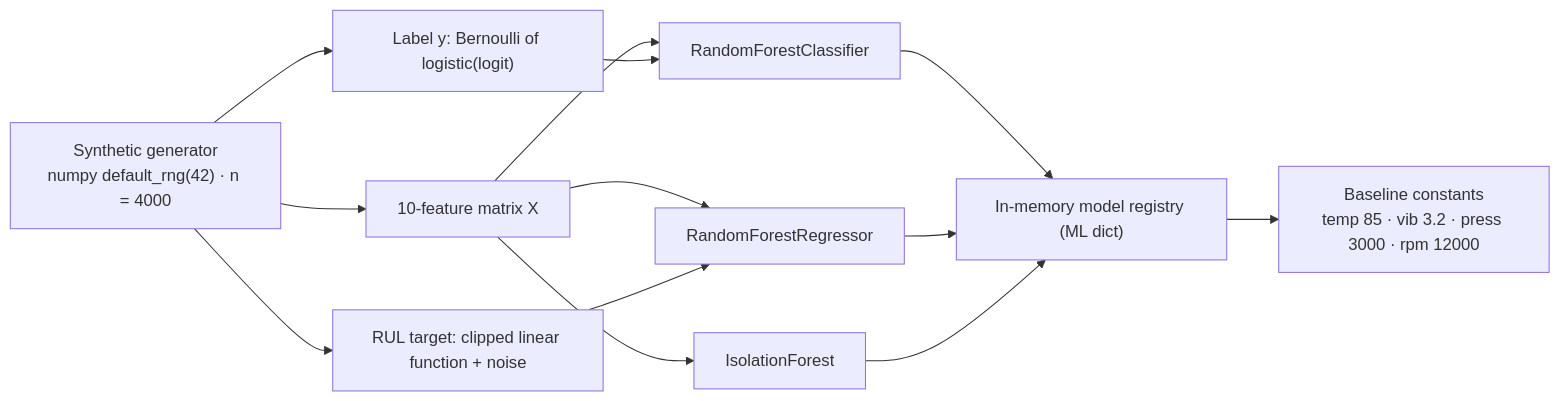
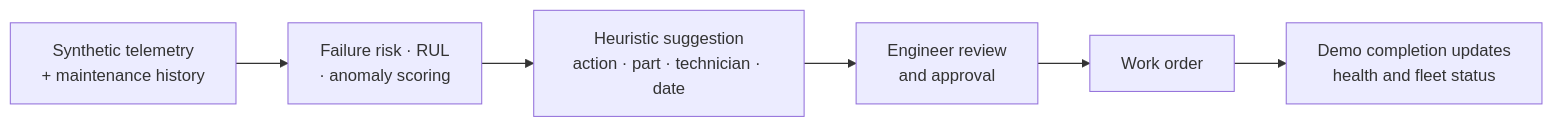
The second of 2 diagrams in README.md (Harithdn/SIH249-Main), drawn with Mermaid before and after one commit. The commit also changed other lines of this file, not shown here.

````diff
--- a/README.md
+++ b/README.md
@@ -490,15 +34,8 @@
 ```mermaid
 flowchart LR
-    G["Synthetic generator<br/>numpy default_rng(42) · n = 4000"] --> X["10-feature matrix X"]
-    G --> Y1["Label y: Bernoulli of logistic(logit)"]
-    G --> Y2["RUL target: clipped linear function + noise"]
-    X --> C1["RandomForestClassifier"]
-    X --> C2["RandomForestRegressor"]
-    X --> C3["IsolationForest"]
-    Y1 --> C1
-    Y2 --> C2
-    C1 --> R["In-memory model registry (ML dict)"]
-    C2 --> R
-    C3 --> R
-    R --> S["Baseline constants<br/>temp 85 · vib 3.2 · press 3000 · rpm 12000"]
+    DATA["Synthetic telemetry<br/>+ maintenance history"] --> SCORE["Failure risk · RUL<br/>· anomaly scoring"]
+    SCORE --> SUGGEST["Heuristic suggestion<br/>action · part · technician · date"]
+    SUGGEST --> REVIEW["Engineer review<br/>and approval"]
+    REVIEW --> WO["Work order"]
+    WO --> DONE["Demo completion updates<br/>health and fleet status"]
 ```
````
